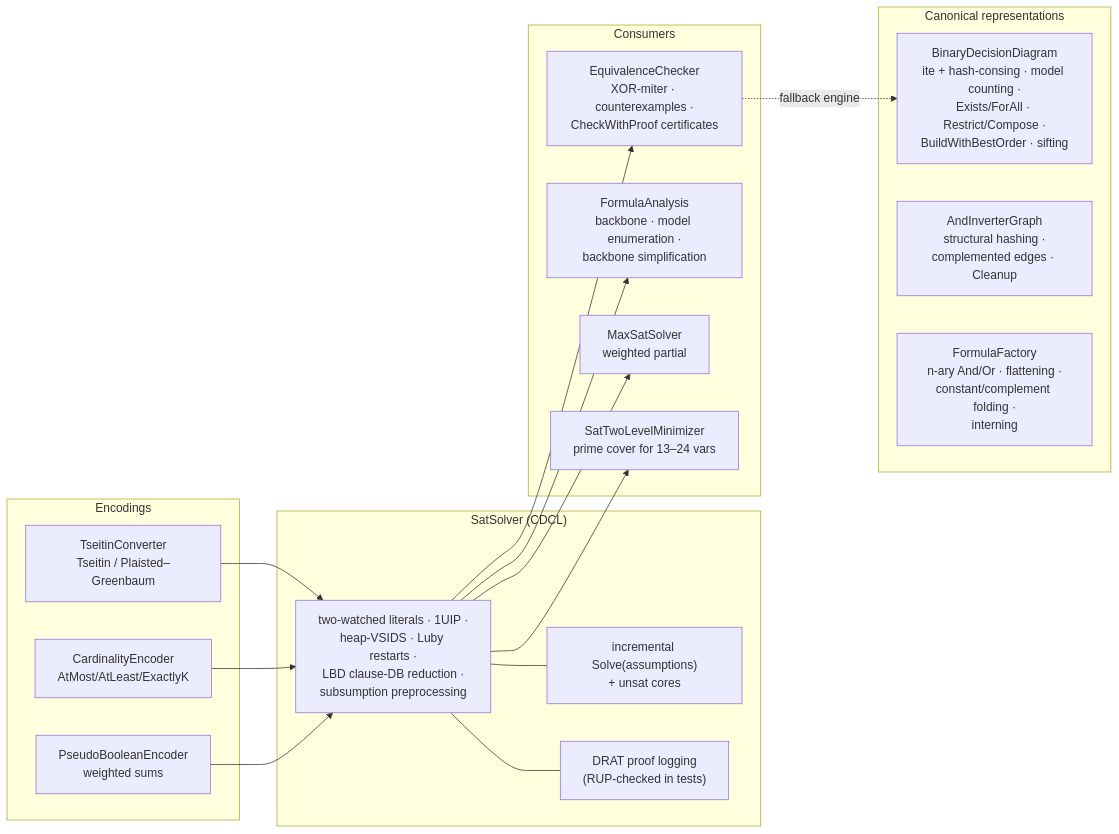
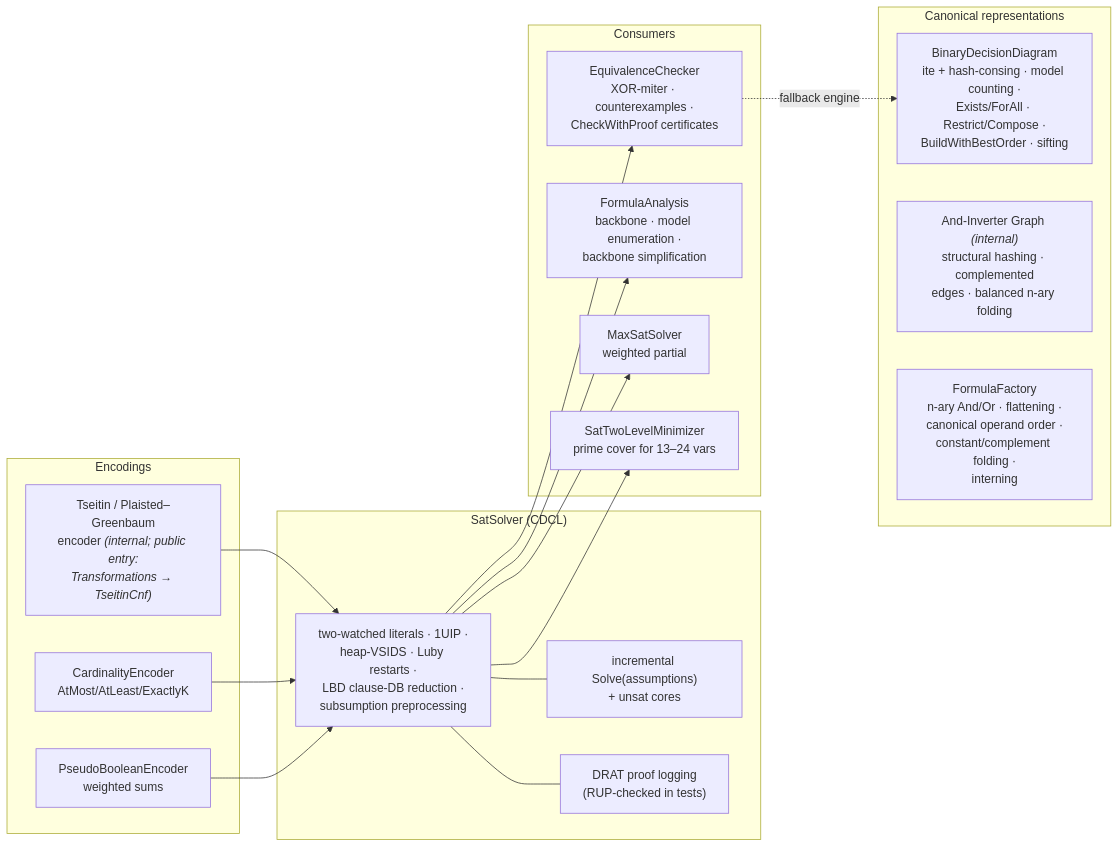
Before and after one commit to AlexanderV/LogicalOptimizer: the fourth of 4 diagrams in README.md, drawn with Mermaid. The commit also changed other lines of this file and 122 other files, not shown here.

````diff
--- a/README.md
+++ b/README.md
@@ -414,37 +439,37 @@
 ```mermaid
 graph LR
     subgraph Encodings
-        TC["TseitinConverter<br/>Tseitin / Plaisted–Greenbaum"]
+        TC["Tseitin / Plaisted–Greenbaum<br/>encoder <i>(internal; public entry:<br/>Transformations → TseitinCnf)</i>"]
         CE["CardinalityEncoder<br/>AtMost/AtLeast/ExactlyK"]
         PB["PseudoBooleanEncoder<br/>weighted sums"]
     end
 
     subgraph SAT["SatSolver (CDCL)"]
         S["two-watched literals · 1UIP ·<br/>heap-VSIDS · Luby restarts ·<br/>LBD clause-DB reduction ·<br/>subsumption preprocessing"]
         S --- Inc["incremental Solve(assumptions)<br/>+ unsat cores"]
         S --- Drat["DRAT proof logging<br/>(RUP-checked in tests)"]
     end
 
     subgraph Consumers
         EQ["EquivalenceChecker<br/>XOR-miter · counterexamples ·<br/>CheckWithProof certificates"]
         FA["FormulaAnalysis<br/>backbone · model enumeration ·<br/>backbone simplification"]
         MX["MaxSatSolver<br/>weighted partial"]
         S2L["SatTwoLevelMinimizer<br/>prime cover for 13–24 vars"]
     end
 
     TC --> S
     CE --> S
     PB --> S
     S --> EQ
     S --> FA
     S --> MX
     S --> S2L
 
     subgraph Standalone["Canonical representations"]
         BDD["BinaryDecisionDiagram<br/>ite + hash-consing · model counting ·<br/>Exists/ForAll · Restrict/Compose ·<br/>BuildWithBestOrder · sifting"]
-        AIG["AndInverterGraph<br/>structural hashing ·<br/>complemented edges · Cleanup"]
-        FF["FormulaFactory<br/>n-ary And/Or · flattening ·<br/>constant/complement folding ·<br/>interning"]
+        AIG["And-Inverter Graph <i>(internal)</i><br/>structural hashing · complemented<br/>edges · balanced n-ary folding"]
+        FF["FormulaFactory<br/>n-ary And/Or · flattening ·<br/>canonical operand order ·<br/>constant/complement folding ·<br/>interning"]
     end
 
     EQ -.->|"fallback engine"| BDD
 ```
````
